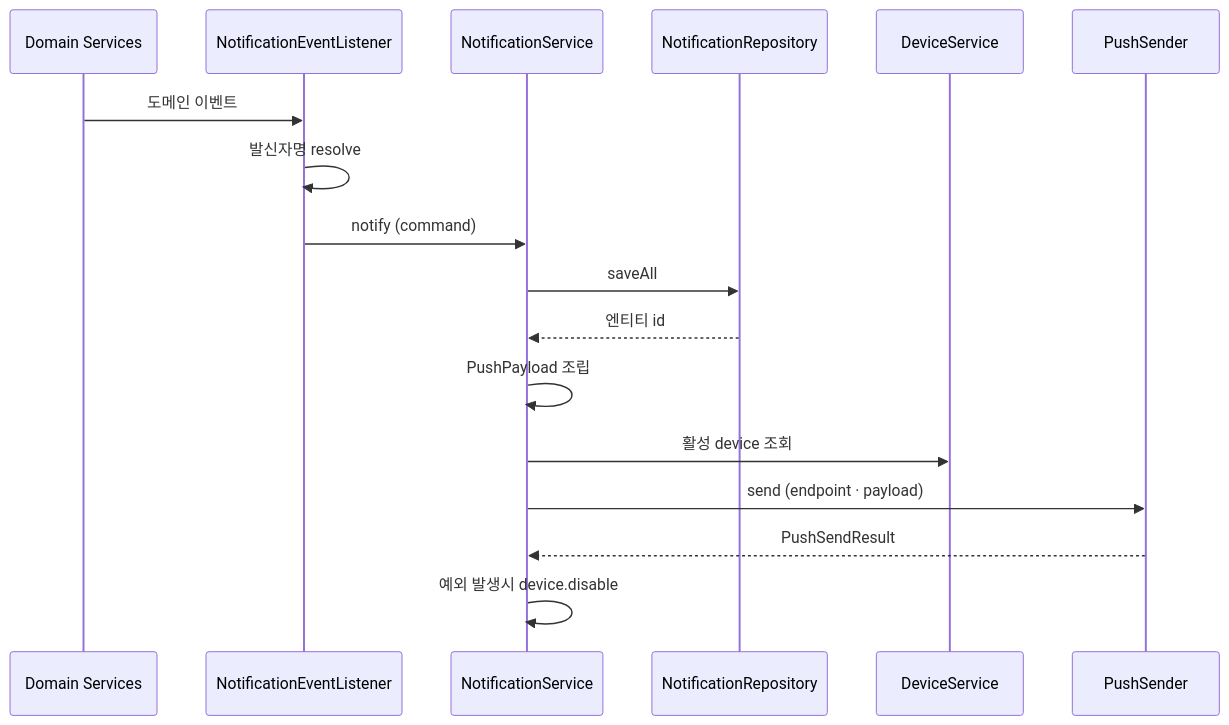
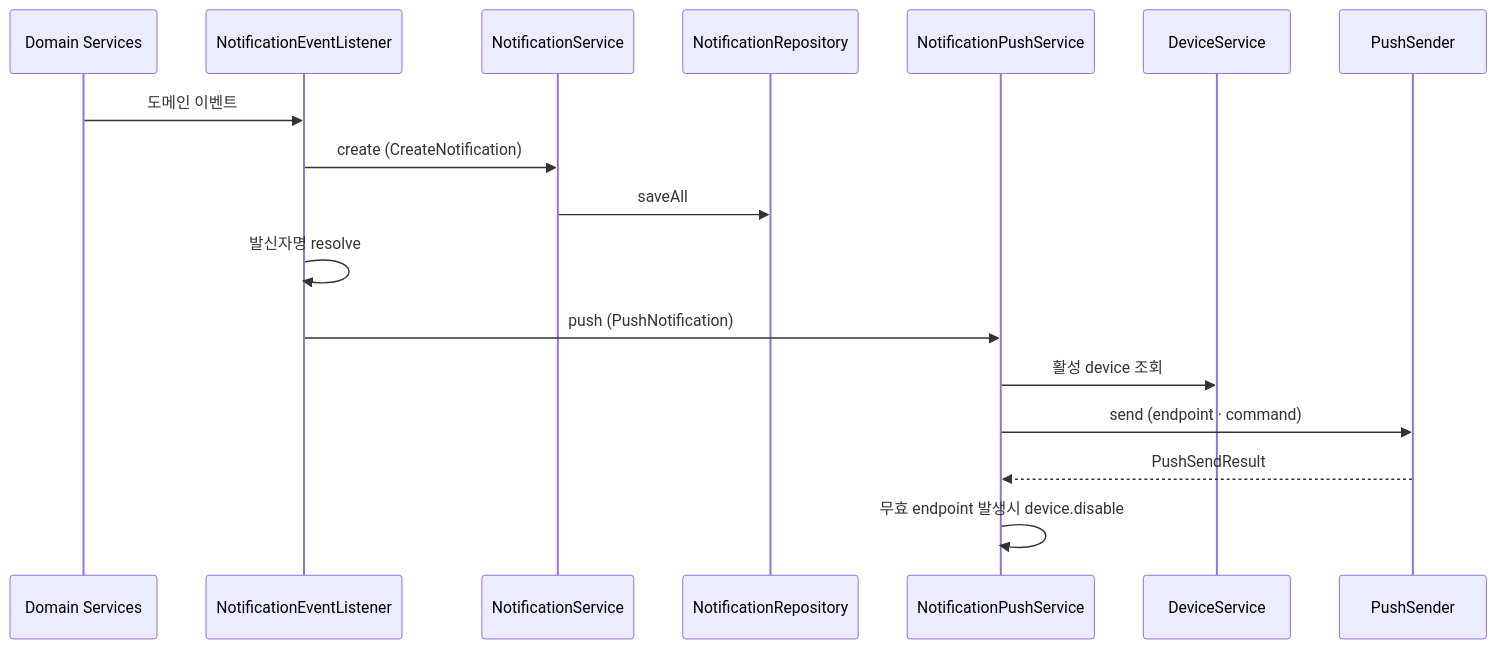
The first of 2 diagrams in apps/api/docs/notification-architecture.md (mortonCareer/bconnect), drawn with Mermaid before and after one commit. The commit also changed other lines of this file and 4 other files, not shown here.

````diff
--- a/apps/api/docs/notification-architecture.md
+++ b/apps/api/docs/notification-architecture.md
@@ -7,20 +7,20 @@
 ```mermaid
 sequenceDiagram
     participant Pub as Domain Services
     participant Listener as NotificationEventListener
     participant Svc as NotificationService
     participant Repo as NotificationRepository
+    participant Push as NotificationPushService
     participant Device as DeviceService
     participant Sender as PushSender
 
     Pub->>Listener: 도메인 이벤트
+    Listener->>Svc: create (CreateNotification)
+    Svc->>Repo: saveAll
     Listener->>Listener: 발신자명 resolve
-    Listener->>Svc: notify (command)
-    Svc->>Repo: saveAll
-    Repo-->>Svc: 엔티티 id
-    Svc->>Svc: PushPayload 조립
-    Svc->>Device: 활성 device 조회
-    Svc->>Sender: send (endpoint · payload)
-    Sender-->>Svc: PushSendResult
-    Svc->>Svc: 예외 발생시 device.disable
+    Listener->>Push: push (PushNotification)
+    Push->>Device: 활성 device 조회
+    Push->>Sender: send (endpoint · command)
+    Sender-->>Push: PushSendResult
+    Push->>Push: 무효 endpoint 발생시 device.disable
 ```
````
